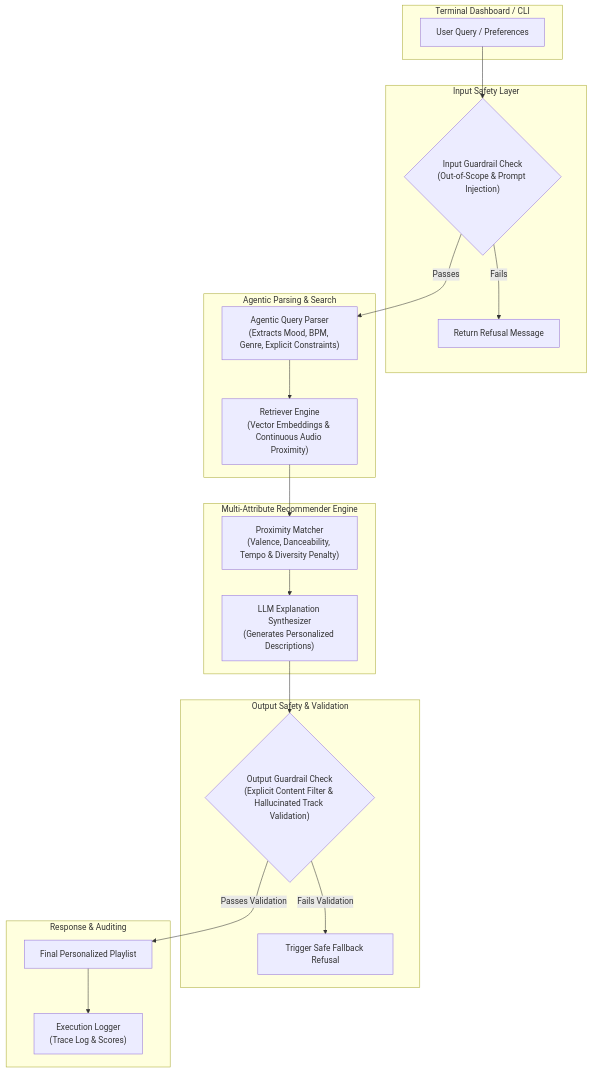
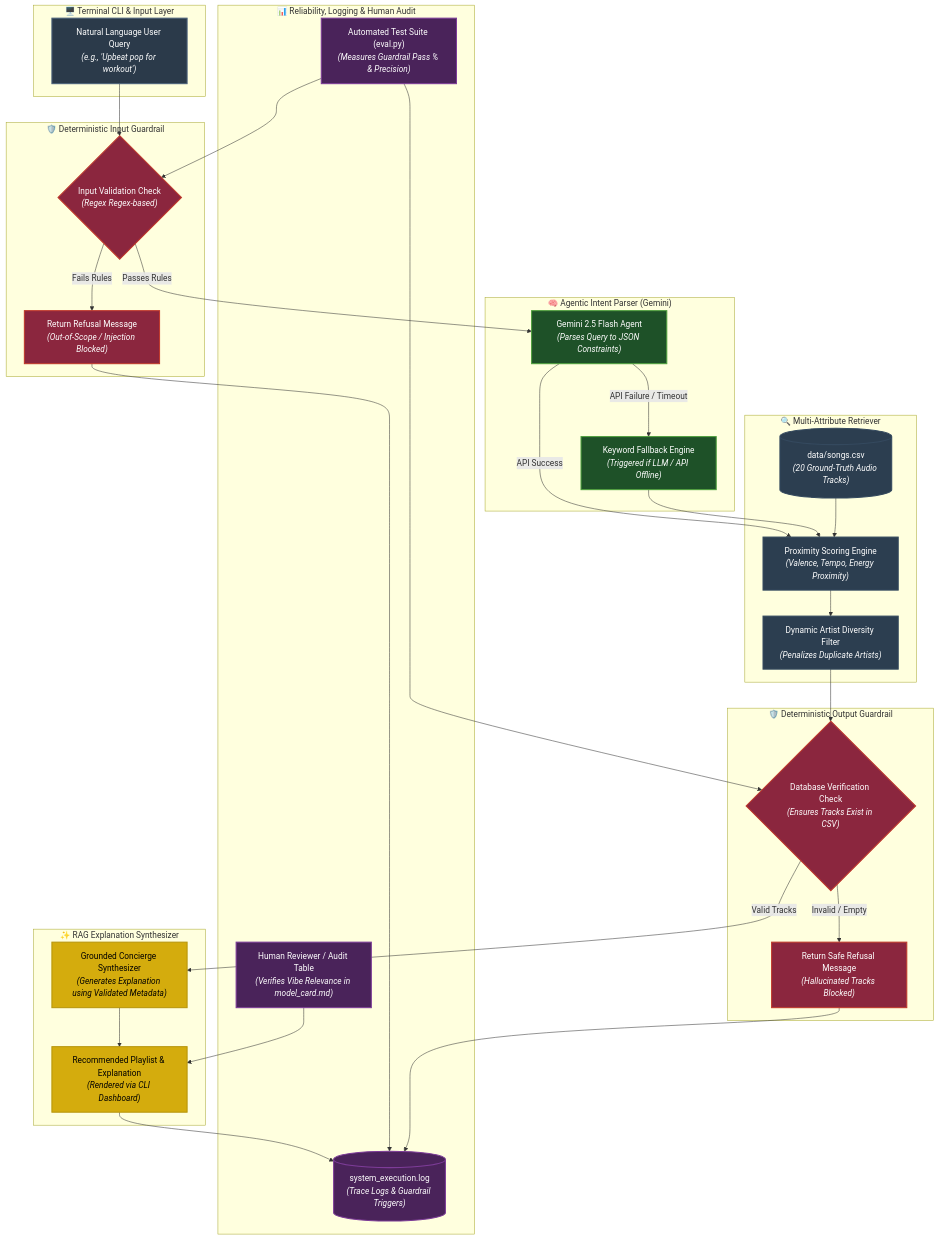
One commit to Ibraderoro/applied-ai-music-recommender changed the diagram in diagrams/architecture.mmd. Above: the diagram before and after it, drawn with Mermaid. The commit also changed 7 other files, not shown here.

Commit message:
feat: finalize applied AI recommender with guardrails, RAG synthesis, and eval suite

```diff
--- a/diagrams/architecture.mmd
+++ b/diagrams/architecture.mmd
@@ -1,40 +1,78 @@
 flowchart TD
-    subgraph Client ["Terminal Dashboard / CLI"]
-        UserPrompt["User Query / Preferences"]
+    %% Node Styling Definitions
+    classDef userLayer fill:#2B3A4A,stroke:#4A607A,stroke-width:2px,color:#FFFFFF
+    classDef safetyLayer fill:#8B263E,stroke:#C0392B,stroke-width:2px,color:#FFFFFF
+    classDef agentLayer fill:#1E5128,stroke:#4E9F3D,stroke-width:2px,color:#FFFFFF
+    classDef retrievalLayer fill:#2C3E50,stroke:#34495E,stroke-width:2px,color:#FFFFFF
+    classDef outputLayer fill:#D4AC0D,stroke:#B7950B,stroke-width:2px,color:#000000
+    classDef evalLayer fill:#4A235A,stroke:#7D3C98,stroke-width:2px,color:#FFFFFF
+
+    %% User & Client Interface
+    subgraph Client ["🖥️ Terminal CLI & Input Layer"]
+        UserQuery["Natural Language User Query<br/><i>(e.g., 'Upbeat pop for workout')</i>"]:::userLayer
     end
 
-    subgraph InputGuardrail ["Input Safety Layer"]
-        InputCheck{"Input Guardrail Check<br/>(Out-of-Scope & Prompt Injection)"}
-        BlockedInput["Return Refusal Message"]
+    %% Input Security & Validation
+    subgraph InputSecurity ["🛡️ Deterministic Input Guardrail"]
+        InputCheck{"Input Validation Check<br/><i>(Regex Regex-based)</i>"}:::safetyLayer
+        RefusalInput["Return Refusal Message<br/><i>(Out-of-Scope / Injection Blocked)</i>"]:::safetyLayer
     end
 
-    subgraph AgenticPipeline ["Agentic Parsing & Search"]
-        Agent["Agentic Query Parser<br/>(Extracts Mood, BPM, Genre, Explicit Constraints)"]
-        Retriever["Retriever Engine<br/>(Vector Embeddings & Continuous Audio Proximity)"]
+    %% Agentic Parsing Pipeline
+    subgraph AgenticPipeline ["🧠 Agentic Intent Parser (Gemini)"]
+        GeminiAgent["Gemini 2.5 Flash Agent<br/><i>(Parses Query to JSON Constraints)</i>"]:::agentLayer
+        FallbackExtractor["Keyword Fallback Engine<br/><i>(Triggered if LLM / API Offline)</i>"]:::agentLayer
     end
 
-    subgraph ScoringEngine ["Multi-Attribute Recommender Engine"]
-        Scorer["Proximity Matcher<br/>(Valence, Danceability, Tempo & Diversity Penalty)"]
-        LLMSynthesizer["LLM Explanation Synthesizer<br/>(Generates Personalized Descriptions)"]
+    %% Data Retrieval & Scoring
+    subgraph RetrievalEngine ["🔍 Multi-Attribute Retriever"]
+        Database[("data/songs.csv<br/><i>(20 Ground-Truth Audio Tracks)</i>")]:::retrievalLayer
+        Scorer["Proximity Scoring Engine<br/><i>(Valence, Tempo, Energy Proximity)</i>"]:::retrievalLayer
+        DiversityFilter["Dynamic Artist Diversity Filter<br/><i>(Penalizes Duplicate Artists)</i>"]:::retrievalLayer
     end
 
-    subgraph OutputGuardrail ["Output Safety & Validation"]
-        OutputCheck{"Output Guardrail Check<br/>(Explicit Content Filter & Hallucinated Track Validation)"}
-        BlockedOutput["Trigger Safe Fallback Refusal"]
+    %% Output Validation & Hallucination Prevention
+    subgraph OutputSecurity ["🛡️ Deterministic Output Guardrail"]
+        OutputCheck{"Database Verification Check<br/><i>(Ensures Tracks Exist in CSV)</i>"}:::safetyLayer
+        RefusalOutput["Return Safe Refusal Message<br/><i>(Hallucinated Tracks Blocked)</i>"]:::safetyLayer
     end
 
-    subgraph SystemOutput ["Response & Auditing"]
-        FinalPlaylist["Final Personalized Playlist"]
-        Logger["Execution Logger<br/>(Trace Log & Scores)"]
+    %% Grounded Explanation Synthesis
+    subgraph ConciergeSynthesis ["✨ RAG Explanation Synthesizer"]
+        RAGSynthesizer["Grounded Concierge Synthesizer<br/><i>(Generates Explanation using Validated Metadata)</i>"]:::outputLayer
+        FinalDisplay["Recommended Playlist & Explanation<br/><i>(Rendered via CLI Dashboard)</i>"]:::outputLayer
     end
 
-    UserPrompt --> InputCheck
-    InputCheck -- "Fails" --> BlockedInput
-    InputCheck -- "Passes" --> Agent
-    Agent --> Retriever
-    Retriever --> Scorer
-    Scorer --> LLMSynthesizer
-    LLMSynthesizer --> OutputCheck
-    OutputCheck -- "Fails Validation" --> BlockedOutput
-    OutputCheck -- "Passes Validation" --> FinalPlaylist
-    FinalPlaylist --> Logger
+    %% Logging, Human Audit & Automated Evaluation
+    subgraph TestingAudit ["📊 Reliability, Logging & Human Audit"]
+        ExecLog[("system_execution.log<br/><i>(Trace Logs & Guardrail Triggers)</i>")]:::evalLayer
+        AutomatedEval["Automated Test Suite (eval.py)<br/><i>(Measures Guardrail Pass % & Precision)</i>"]:::evalLayer
+        HumanAudit["Human Reviewer / Audit Table<br/><i>(Verifies Vibe Relevance in model_card.md)</i>"]:::evalLayer
+    end
+
+    %% System Data Flow Connections
+    UserQuery --> InputCheck
+    InputCheck -- "Fails Rules" --> RefusalInput
+    InputCheck -- "Passes Rules" --> GeminiAgent
+
+    GeminiAgent -- "API Success" --> Scorer
+    GeminiAgent -- "API Failure / Timeout" --> FallbackExtractor
+    FallbackExtractor --> Scorer
+
+    Database --> Scorer
+    Scorer --> DiversityFilter
+    DiversityFilter --> OutputCheck
+
+    OutputCheck -- "Invalid / Empty" --> RefusalOutput
+    OutputCheck -- "Valid Tracks" --> RAGSynthesizer
+
+    RAGSynthesizer --> FinalDisplay
+
+    %% Data Flow to Logging & Testing
+    FinalDisplay --> ExecLog
+    RefusalInput --> ExecLog
+    RefusalOutput --> ExecLog
+
+    AutomatedEval --> InputCheck
+    AutomatedEval --> OutputCheck
+    HumanAudit --> FinalDisplay
```
